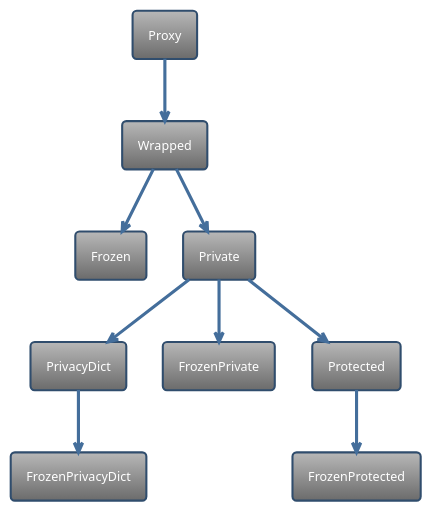
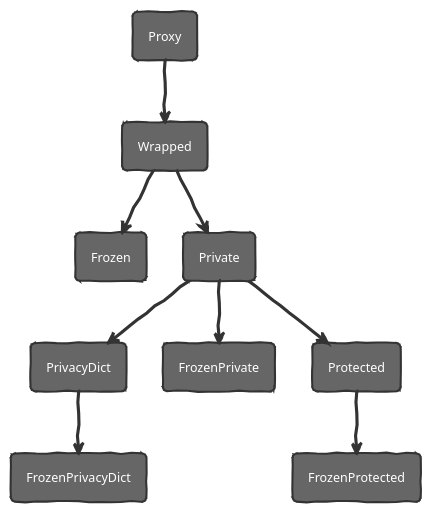
Before and after one commit to sundarnagarajan/pyprotect: the diagram in classdiagram.puml, drawn with PlantUML. The commit also changed 1 other file, not shown here.

```diff
--- a/classdiagram.puml
+++ b/classdiagram.puml
@@ -2,32 +2,32 @@
 @startuml
 ' Create classdiagram.svg using command:
 ' java -jar plantuml.jar -tsvg classdiagram.puml
 '!theme bluegray
-'!theme sketchy
-!theme spacelab
+!theme sketchy
+'!theme spacelab
 
 skinparam linetype polyline
 'skinparam linetype ortho
  
 rectangle Proxy
 rectangle Wrapped
 rectangle Frozen
 rectangle Private
 rectangle PrivacyDict
 rectangle FrozenPrivacyDict
 rectangle FrozenPrivate
 rectangle Protected
 rectangle FrozenProtected
 
 Proxy --> Wrapped
 Wrapped --> Frozen
 Wrapped --> Private
 
 Private --> PrivacyDict
 Private --> FrozenPrivate
 Private --> Protected
 
 PrivacyDict --> FrozenPrivacyDict
 Protected --> FrozenProtected
 
 @enduml
```
